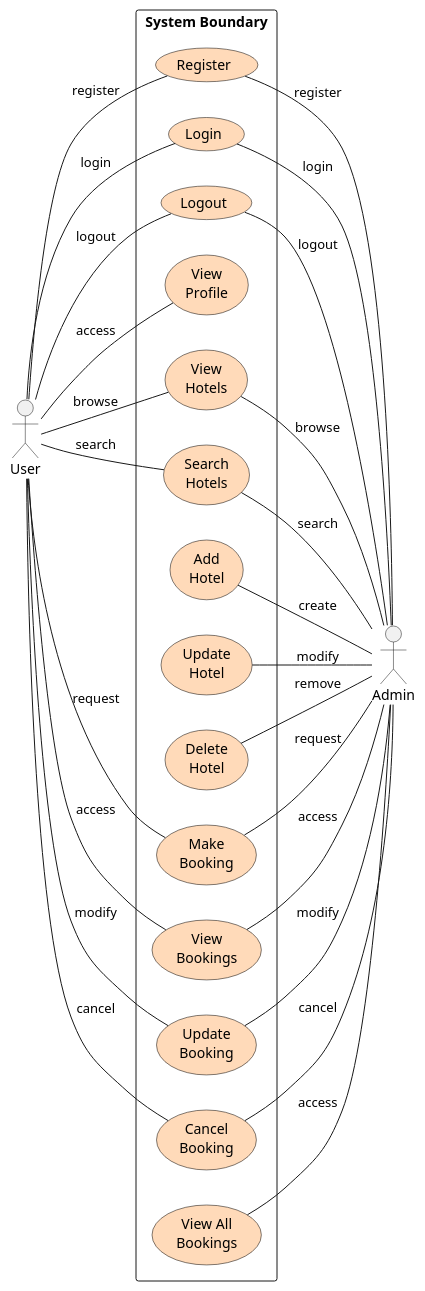
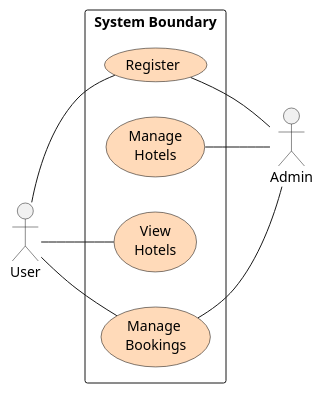
Before and after one commit to thanamn/CozyHotel-SE-BE: the diagram in pamds.puml, drawn with PlantUML. The commit also changed 1 other file, not shown here.

```diff
--- a/pamds.puml
+++ b/pamds.puml
@@ -1,64 +1,46 @@
 @startuml Hotel Management System
 
 left to right direction
 
 skinparam usecase {
     BackgroundColor peachpuff
     BorderColor black
 }
 
 skinparam actor {
     Style stickman
 }
 
 rectangle "System Boundary" {
     usecase "Register" as register
-    usecase "Login" as login
-    usecase "Logout" as logout
-    usecase "View\nProfile" as viewProfile
+    ' usecase "Login" as login
+    ' usecase "Logout" as logout
+    ' usecase "View\nProfile" as viewProfile
     
+    usecase "Manage\nHotels" as manageHotels
     usecase "View\nHotels" as viewHotels
-    usecase "Search\nHotels" as searchHotels
-    usecase "Add\nHotel" as addHotel
-    usecase "Update\nHotel" as updateHotel
-    usecase "Delete\nHotel" as deleteHotel
     
-    usecase "Make\nBooking" as makeBooking
-    usecase "View\nBookings" as viewBookings
-    usecase "Update\nBooking" as updateBooking
-    usecase "Cancel\nBooking" as cancelBooking
-    usecase "View All\nBookings" as viewAllBookings
+    usecase "Manage \nBookings" as manageBookings
 }
 
 actor User
 actor Admin
 
 ' User relationships
-User -- register : register
-User -- login : login
-User -- viewProfile : access
-User -- logout : logout
-User -- viewHotels : browse
-User -- searchHotels : search
-User -- makeBooking : request
-User -- viewBookings : access
-User -- updateBooking : modify
-User -- cancelBooking : cancel
+User -- register
+' User -- login
+' User -- logout 
+User -- viewHotels
+User -- manageBookings
+' User -- viewProfile
 
 ' Admin relationshipsUser -- viewProfile : access
-logout -- Admin : logout
-viewHotels -- Admin : browse
-searchHotels -- Admin : search
-makeBooking -- Admin : request
-viewBookings -- Admin : access
-updateBooking -- Admin : modify
-cancelBooking -- Admin : cancel
-register -- Admin : register
-login -- Admin : login
-addHotel -- Admin : create
-updateHotel -- Admin : modify
-deleteHotel -- Admin : remove
-viewAllBookings -- Admin : access
+register -- Admin
+' login -- Admin
+' logout -- Admin
+manageBookings -- Admin
+manageHotels -- Admin
+' viewProfile -- Admin
 
 ' Position Admin to the right
 @enduml
```
